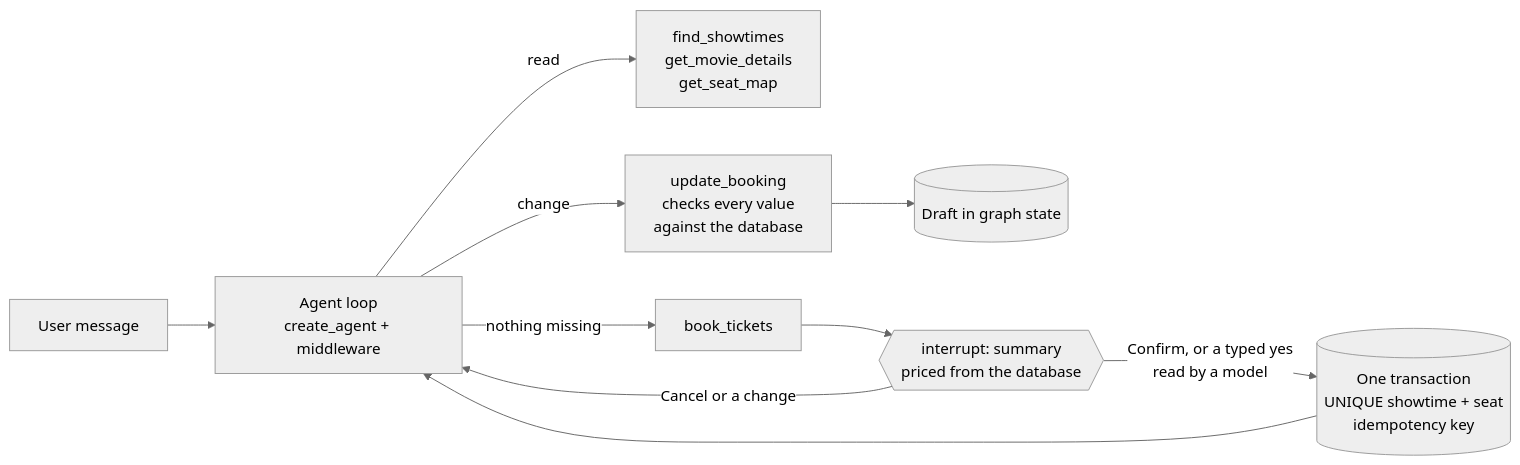
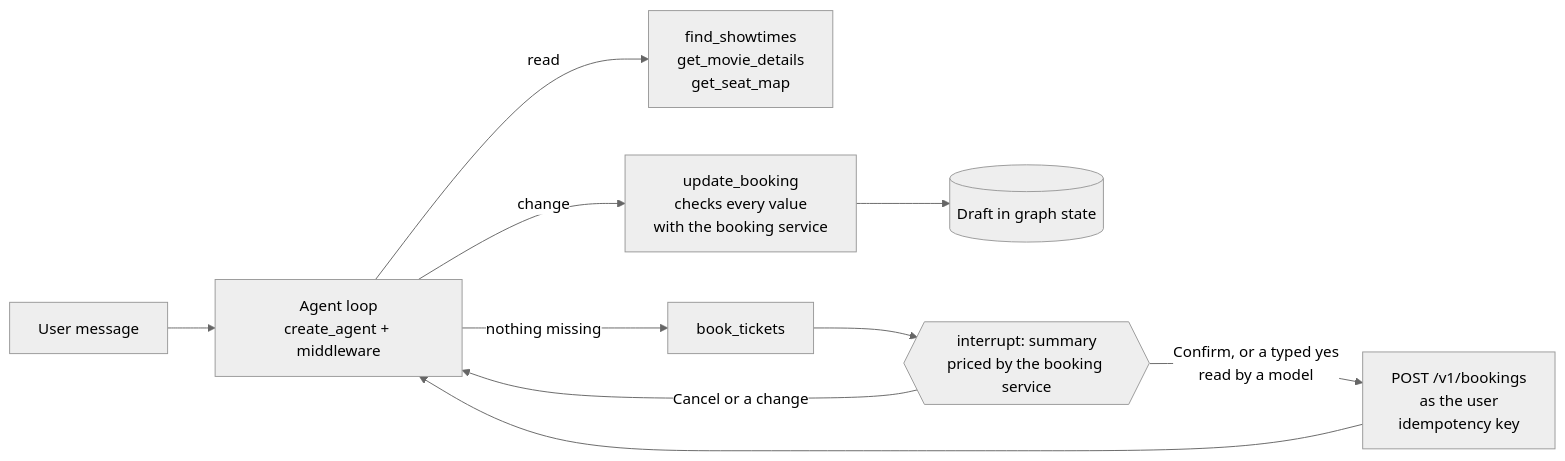
The diagram in README.md (rafi-seniang/tiketa-booking-agent), drawn with Mermaid (neutral theme) before and after one commit. The commit also changed other lines of this file and 3 other files, not shown here.

First line of the commit message:
docs: the agent as an add-on to the booking service

````diff
--- a/README.md
+++ b/README.md
@@ -14,12 +22,12 @@
 ```mermaid
 flowchart LR
     U[User message] --> A[Agent loop<br>create_agent + middleware]
     A -->|read| R[find_showtimes<br>get_movie_details<br>get_seat_map]
-    A -->|change| D[update_booking<br>checks every value<br>against the database]
+    A -->|change| D[update_booking<br>checks every value<br>with the booking service]
     D --> S[(Draft in graph state)]
     A -->|nothing missing| B[book_tickets]
-    B --> I{{interrupt: summary<br>priced from the database}}
-    I -->|Confirm, or a typed yes<br>read by a model| T[(One transaction<br>UNIQUE showtime + seat<br>idempotency key)]
+    B --> I{{interrupt: summary<br>priced by the booking service}}
+    I -->|Confirm, or a typed yes<br>read by a model| T[POST /v1/bookings<br>as the user<br>idempotency key]
     I -->|Cancel or a change| A
     T --> A
 ```
````
